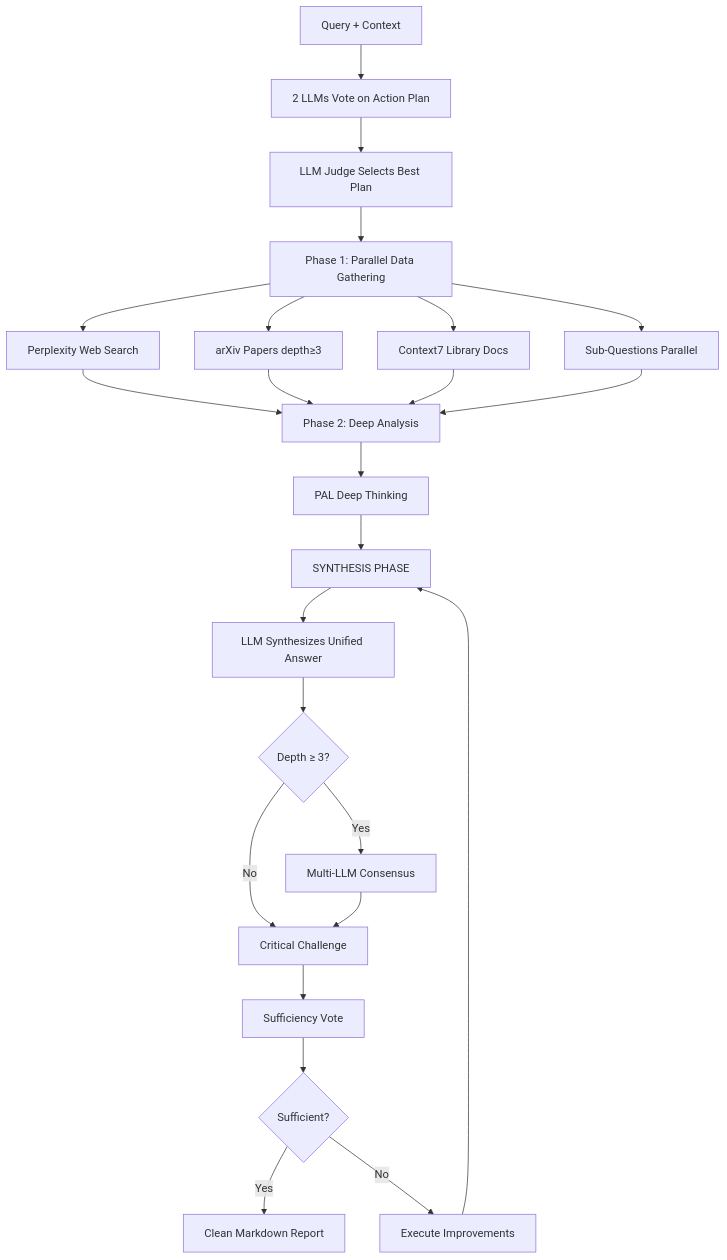
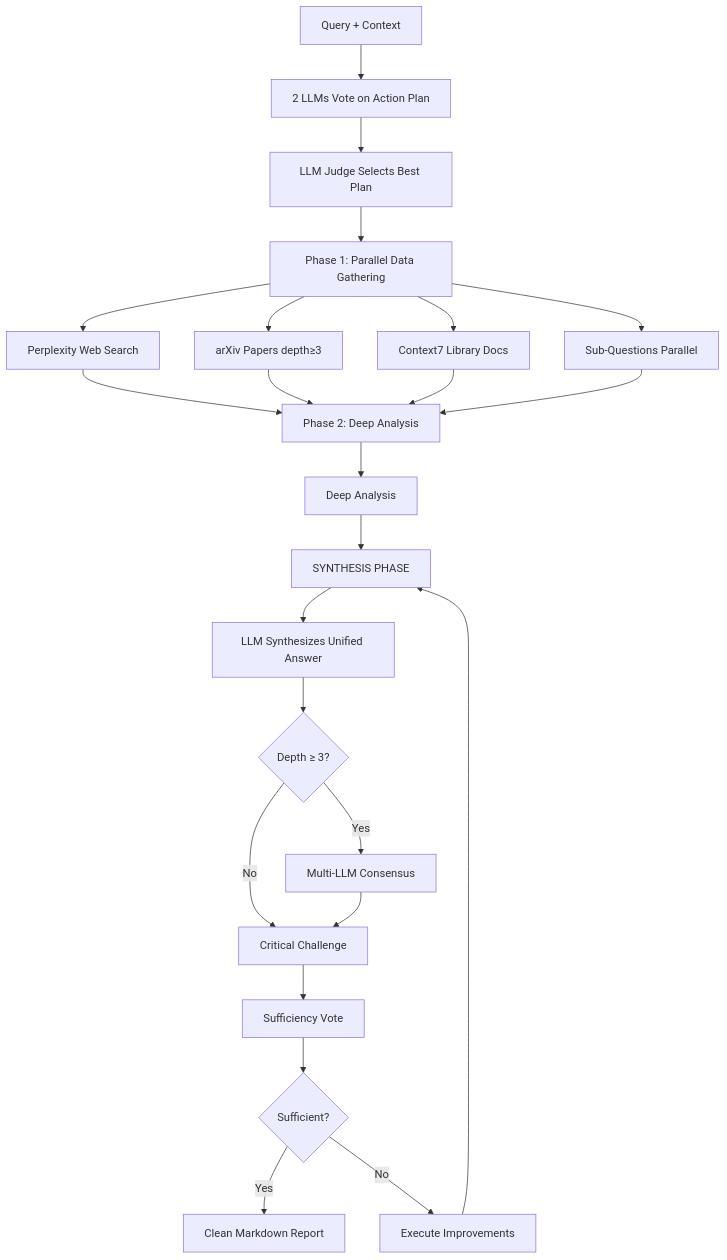
Before and after one commit to norvalbv/deep-research-mcp: the diagram in README.md, drawn with Mermaid. The commit also changed other lines of this file and 13 other files, not shown here.

````diff
--- a/README.md
+++ b/README.md
@@ -232,26 +226,26 @@
 ```mermaid
 graph TD
     A[Query + Context] --> B[2 LLMs Vote on Action Plan]
     B --> C[LLM Judge Selects Best Plan]
     C --> D[Phase 1: Parallel Data Gathering]
     D --> E[Perplexity Web Search]
     D --> F[arXiv Papers depth≥3]
     D --> G[Context7 Library Docs]
     D --> H[Sub-Questions Parallel]
     E --> I[Phase 2: Deep Analysis]
     F --> I
     G --> I
     H --> I
-    I --> J[PAL Deep Thinking]
+    I --> J[Deep Analysis]
     J --> K[SYNTHESIS PHASE]
     K --> L[LLM Synthesizes Unified Answer]
     L --> M{Depth ≥ 3?}
     M -->|Yes| N[Multi-LLM Consensus]
     M -->|No| O[Critical Challenge]
     N --> O
     O --> P[Sufficiency Vote]
     P --> Q{Sufficient?}
     Q -->|Yes| R[Clean Markdown Report]
     Q -->|No| S[Execute Improvements]
     S --> K
 ```
````
